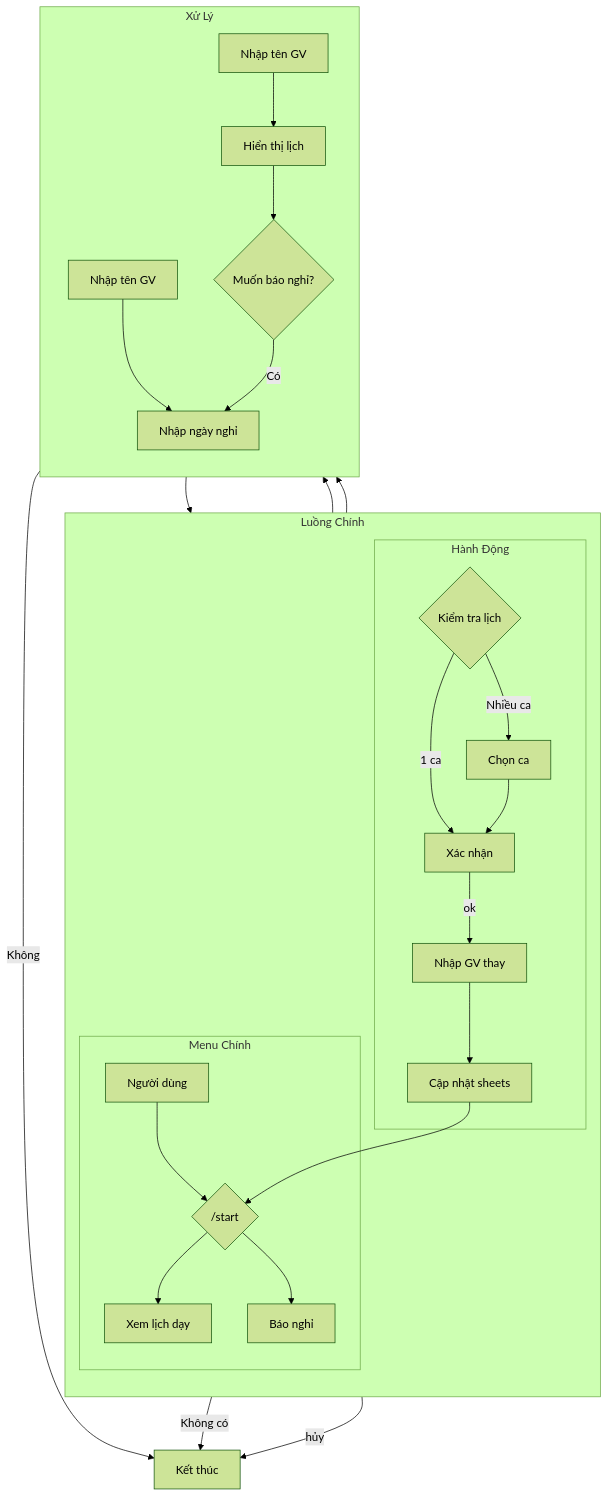
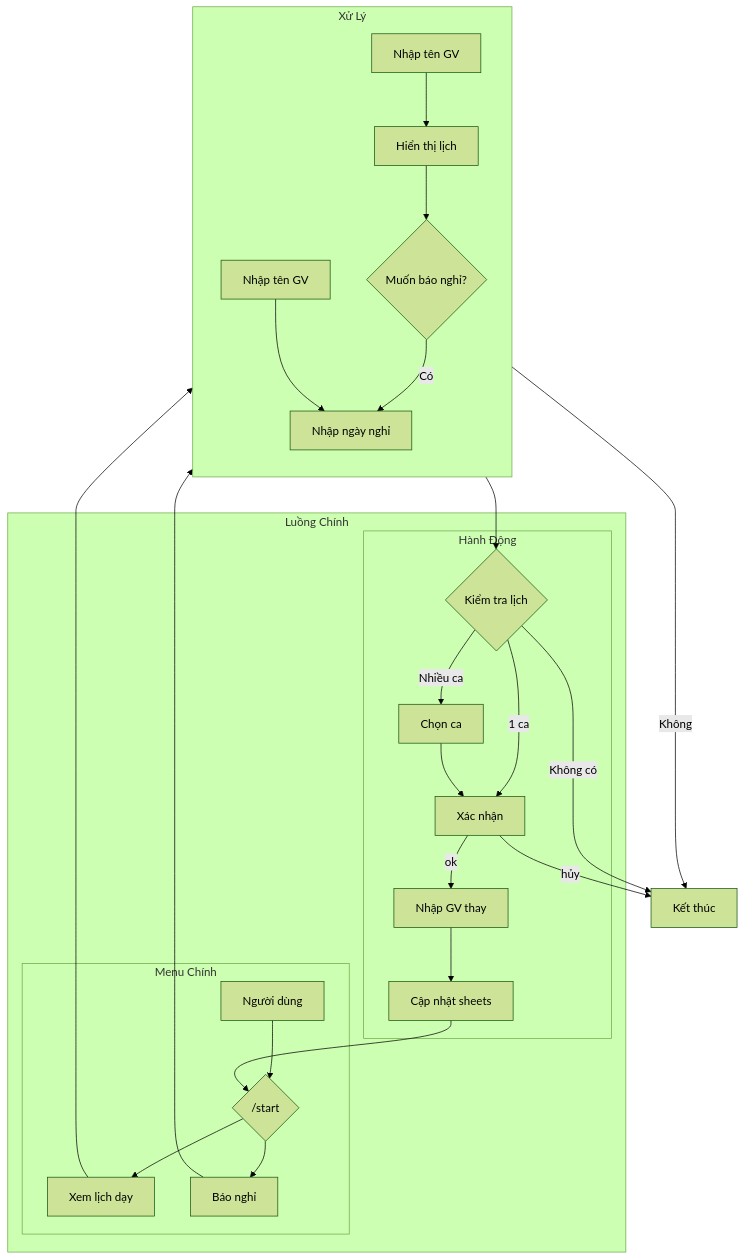
Before and after one commit to let-shyn-cook/TeacherBot-Assistant: the diagram in readme.md, drawn with Mermaid (forest theme).

````diff
--- a/readme.md
+++ b/readme.md
@@ -117,25 +117,26 @@
 ```mermaid
 flowchart TB
     subgraph Left["Luồng Chính"]
-        direction TB
         subgraph Menu["Menu Chính"]
             A[Người dùng] --> B{/start}
             B --> C[Xem lịch dạy]
             B --> D[Báo nghỉ]
         end
         subgraph Actions["Hành Động"]
             G --> |1 ca| H[Xác nhận]
             G --> |Nhiều ca| I[Chọn ca] --> H
             H --> |ok| J[Nhập GV thay] --> K[Cập nhật sheets] --> B
         end
     end
+
     subgraph Process["Xử Lý"]
         direction TB
         C --> C1[Nhập tên GV] --> C2[Hiển thị lịch] --> C3{Muốn báo nghỉ?}
         D --> E[Nhập tên GV] --> F[Nhập ngày nghỉ] --> G{Kiểm tra lịch}
     end
+
     C3 --> |Có| F
     C3 --> |Không| Z[Kết thúc]
     G --> |Không có| Z
     H --> |hủy| Z
 ```
````
